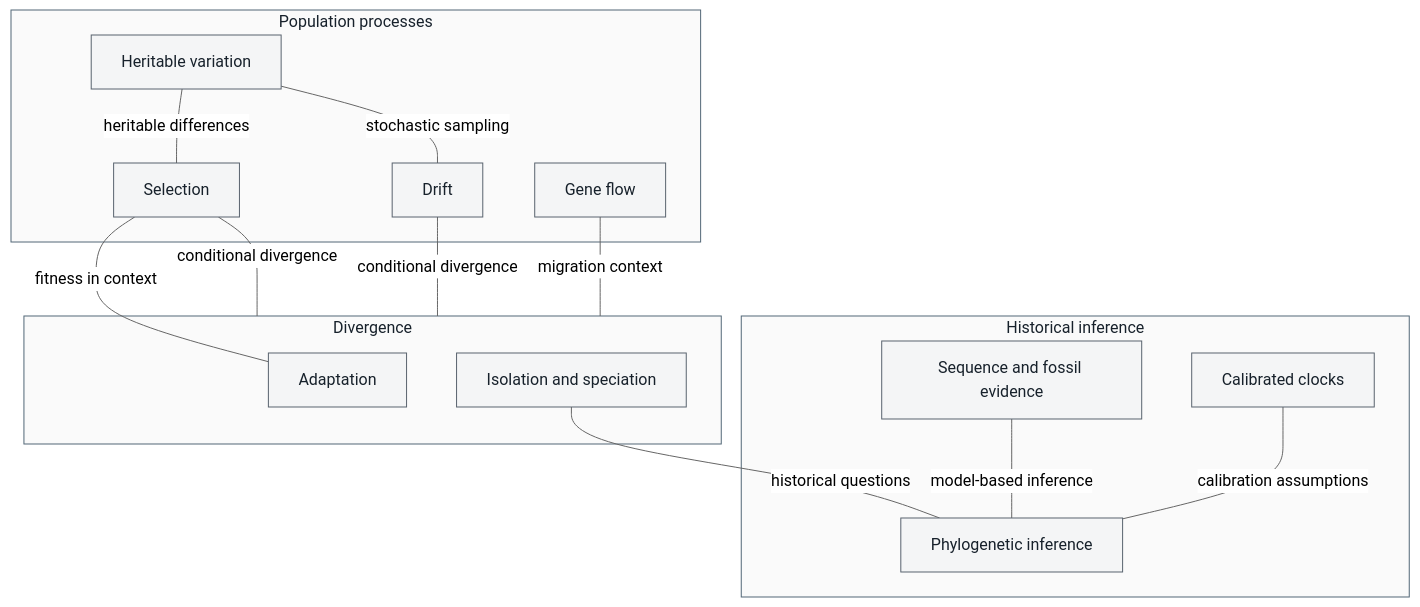
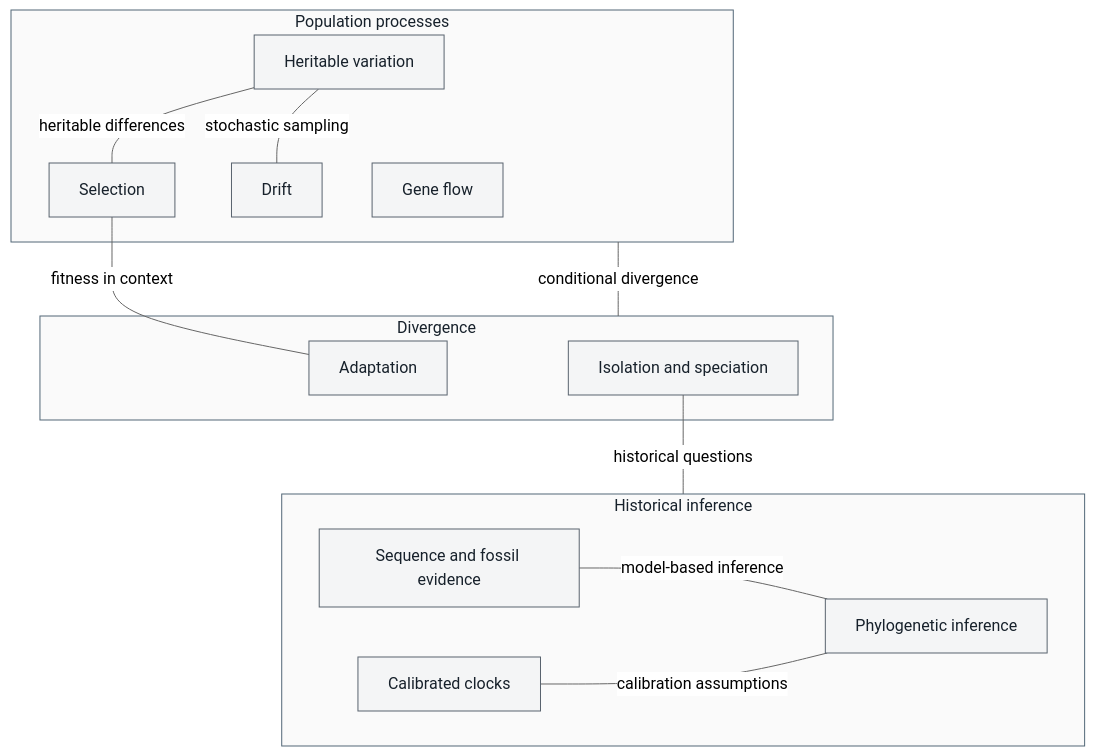
One commit to docxology/biology_textbook changed the diagram in docs/manuscript/unit_VI/unit_intro.md. Above: the diagram before and after it, drawn with Mermaid (neutral theme). The commit also changed 8 other files, not shown here.

````diff
--- a/docs/manuscript/unit_VI/unit_intro.md
+++ b/docs/manuscript/unit_VI/unit_intro.md
@@ -46,35 +46,33 @@
 ```mermaid
 ---
 config:
   layout: dagre
 ---
 graph TD
     subgraph P["Population processes"]
         V["Heritable variation"]
         S["Selection"]
         D["Drift"]
         G["Gene flow"]
     end
     subgraph E["Divergence"]
         A["Adaptation"]
         I["Isolation and speciation"]
     end
     subgraph H["Historical inference"]
         F["Sequence and fossil evidence"]
         T["Phylogenetic inference"]
         C["Calibrated clocks"]
     end
     V ---|"heritable differences"| S
     V ---|"stochastic sampling"| D
     S ---|"fitness in context"| A
-    S ---|"conditional divergence"| E
-    D ---|"conditional divergence"| E
-    G ---|"migration context"| E
-    I ---|"historical questions"| T
+    P ---|"conditional divergence"| E
+    I ---|"historical questions"| H
     F ---|"model-based inference"| T
     C ---|"calibration assumptions"| T
     classDef default fill:#f4f5f6,stroke:#59636e,color:#17212b
     style P fill:#fafafa,stroke:#526777,color:#17212b
     style E fill:#fafafa,stroke:#526777,color:#17212b
     style H fill:#fafafa,stroke:#526777,color:#17212b
 ```
````
